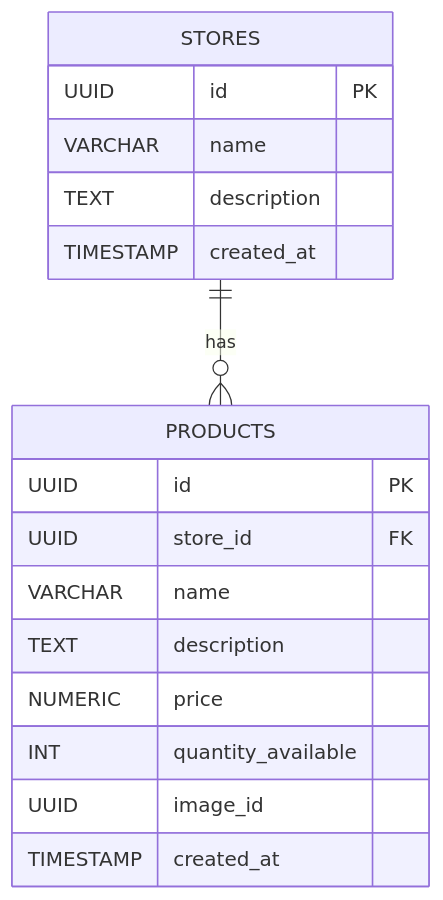
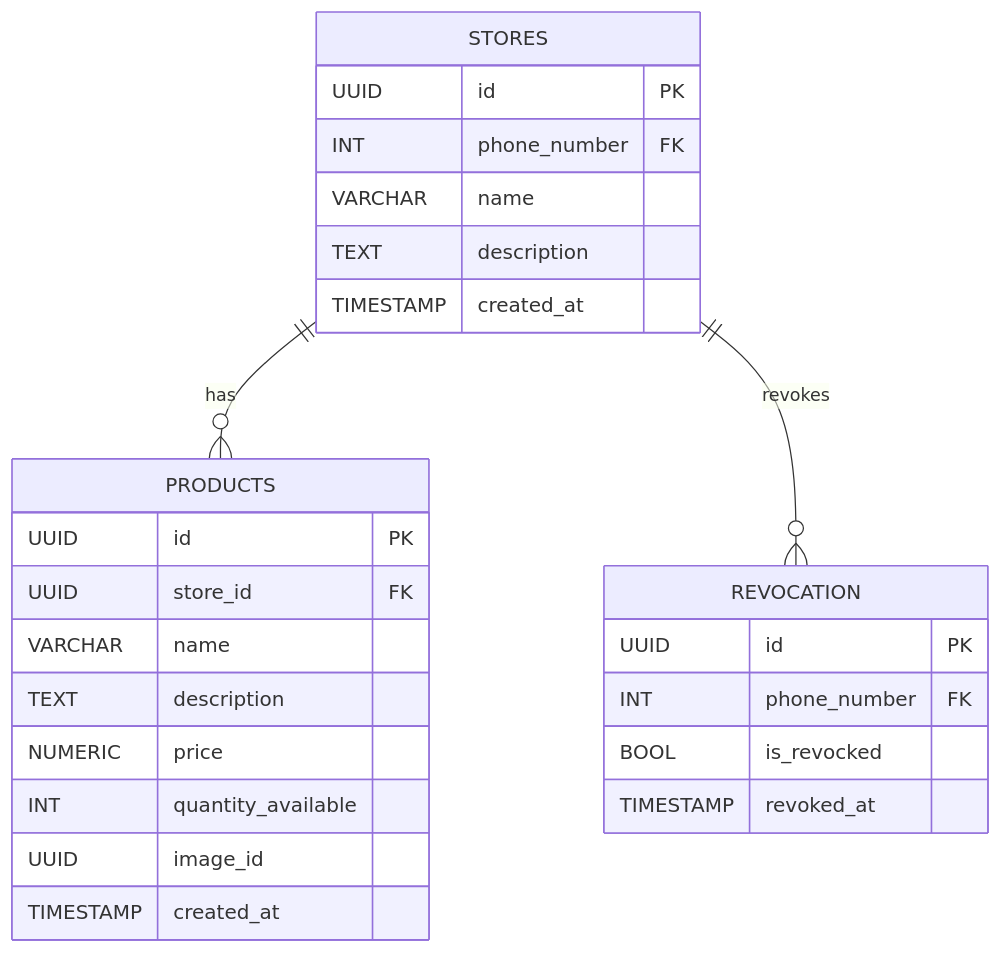
The fourth of 5 diagrams in docs/arc42.md (CM-market/transac), drawn with Mermaid before and after one commit. The commit also changed other lines of this file and 26 other files, not shown here.

````diff
--- a/docs/arc42.md
+++ b/docs/arc42.md
@@ -168,23 +166,30 @@
 ```mermaid
 erDiagram
     STORES {
         UUID id PK
+        INT phone_number FK
         VARCHAR name
         TEXT description
         TIMESTAMP created_at
     }
     PRODUCTS {
         UUID id PK
         UUID store_id FK
         VARCHAR name
         TEXT description
         NUMERIC price
         INT quantity_available
         UUID image_id
         TIMESTAMP created_at
     }
- 
+    REVOCATION {
+        UUID id PK
+        INT phone_number FK
+        BOOL is_revocked
+        TIMESTAMP revoked_at
+    }
 
     STORES ||--o{ PRODUCTS : "has"
+    STORES ||--o{ REVOCATION : "revokes"
 
 ```
````
